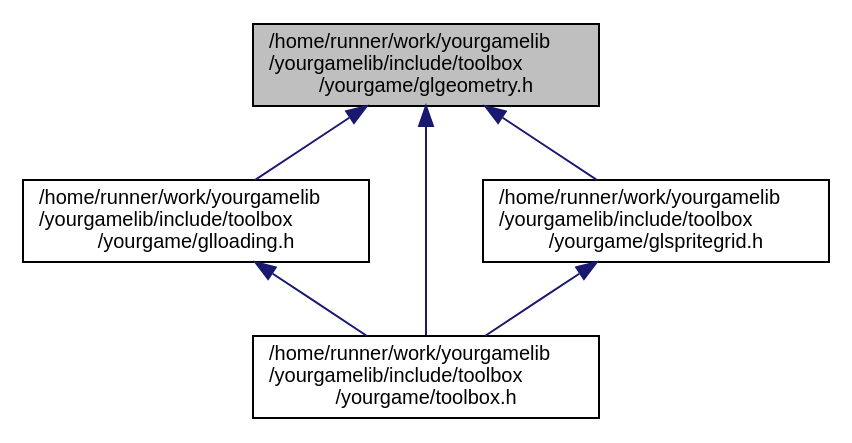
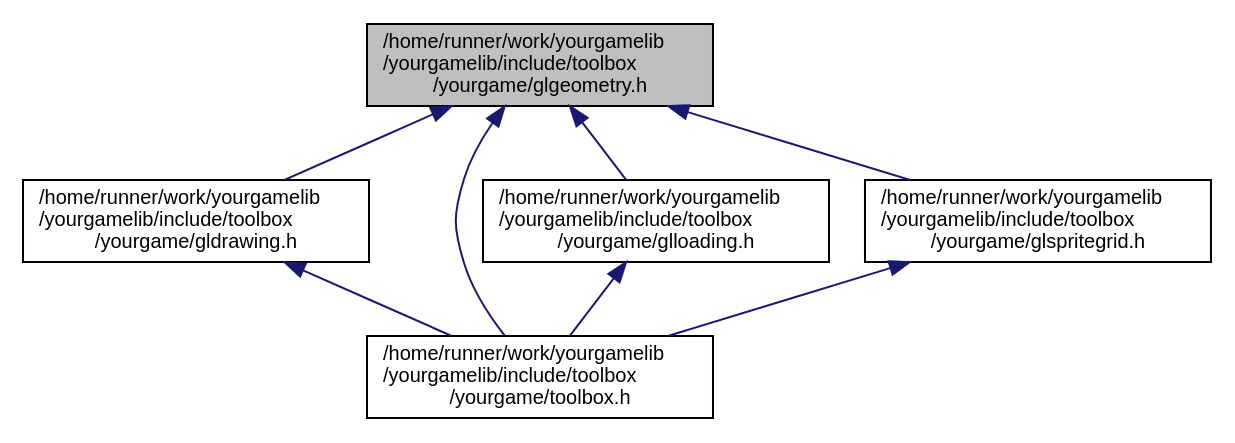
The diagram in glgeometry_8h__dep__incl.dot (duddel/yourgamelib), drawn with Graphviz before and after one commit. The commit also changed 50 other files, not shown here.

```diff
--- a/glgeometry_8h__dep__incl.dot
+++ b/glgeometry_8h__dep__incl.dot
@@ -1,14 +1,17 @@
 digraph "/home/runner/work/yourgamelib/yourgamelib/include/toolbox/yourgame/glgeometry.h"
 {
   edge [fontname="Helvetica",fontsize="10",labelfontname="Helvetica",labelfontsize="10"];
   node [fontname="Helvetica",fontsize="10",shape=record];
   Node7 [label="/home/runner/work/yourgamelib\l/yourgamelib/include/toolbox\l/yourgame/glgeometry.h",height=0.2,width=0.4,color="black", fillcolor="grey75", style="filled", fontcolor="black"];
   Node7 -> Node8 [dir="back",color="midnightblue",fontsize="10",style="solid",fontname="Helvetica"];
-  Node8 [label="/home/runner/work/yourgamelib\l/yourgamelib/include/toolbox\l/yourgame/glloading.h",height=0.2,width=0.4,color="black", fillcolor="white", style="filled",URL="$glloading_8h.html"];
+  Node8 [label="/home/runner/work/yourgamelib\l/yourgamelib/include/toolbox\l/yourgame/gldrawing.h",height=0.2,width=0.4,color="black", fillcolor="white", style="filled",URL="$gldrawing_8h.html"];
   Node8 -> Node9 [dir="back",color="midnightblue",fontsize="10",style="solid",fontname="Helvetica"];
   Node9 [label="/home/runner/work/yourgamelib\l/yourgamelib/include/toolbox\l/yourgame/toolbox.h",height=0.2,width=0.4,color="black", fillcolor="white", style="filled",URL="$toolbox_8h.html"];
   Node7 -> Node10 [dir="back",color="midnightblue",fontsize="10",style="solid",fontname="Helvetica"];
-  Node10 [label="/home/runner/work/yourgamelib\l/yourgamelib/include/toolbox\l/yourgame/glspritegrid.h",height=0.2,width=0.4,color="black", fillcolor="white", style="filled",URL="$glspritegrid_8h.html"];
+  Node10 [label="/home/runner/work/yourgamelib\l/yourgamelib/include/toolbox\l/yourgame/glloading.h",height=0.2,width=0.4,color="black", fillcolor="white", style="filled",URL="$glloading_8h.html"];
   Node10 -> Node9 [dir="back",color="midnightblue",fontsize="10",style="solid",fontname="Helvetica"];
+  Node7 -> Node11 [dir="back",color="midnightblue",fontsize="10",style="solid",fontname="Helvetica"];
+  Node11 [label="/home/runner/work/yourgamelib\l/yourgamelib/include/toolbox\l/yourgame/glspritegrid.h",height=0.2,width=0.4,color="black", fillcolor="white", style="filled",URL="$glspritegrid_8h.html"];
+  Node11 -> Node9 [dir="back",color="midnightblue",fontsize="10",style="solid",fontname="Helvetica"];
   Node7 -> Node9 [dir="back",color="midnightblue",fontsize="10",style="solid",fontname="Helvetica"];
 }
```
